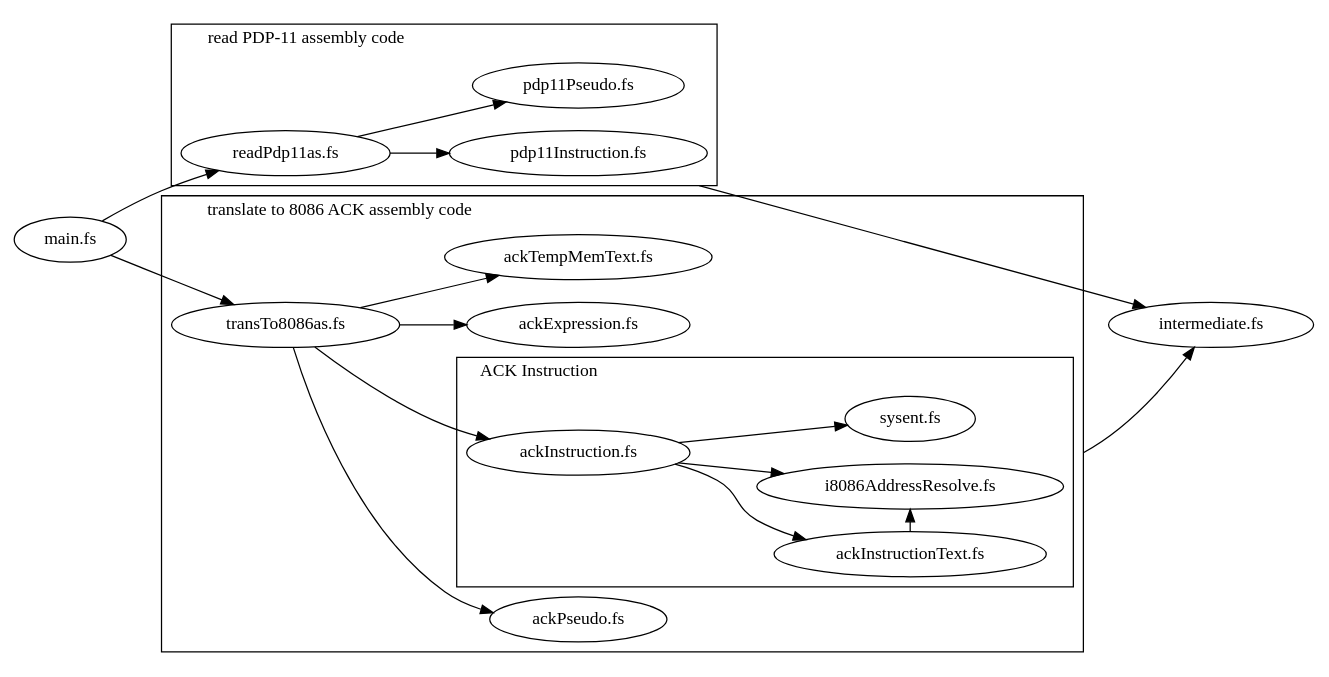
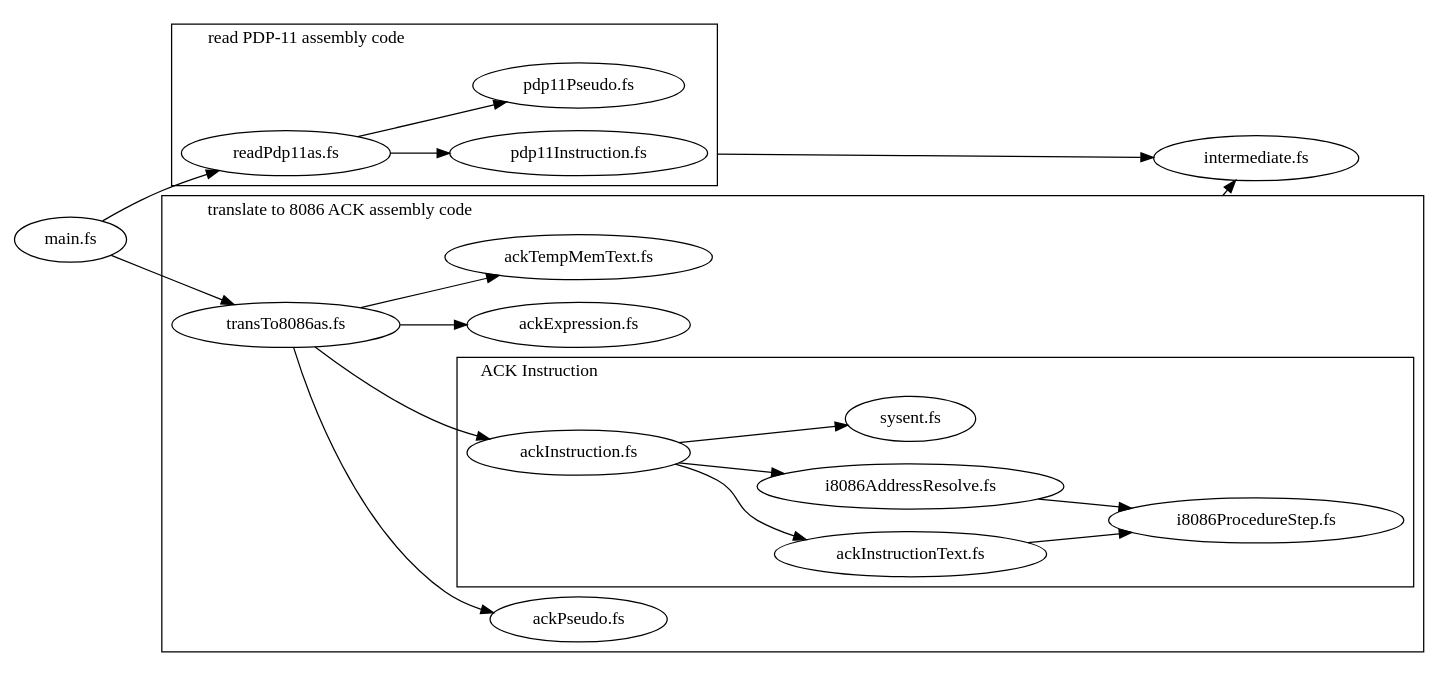
The diagram in doc/files.dot (kusabanachi/p11trans), drawn with Graphviz before and after one commit. The commit also changed 6 other files, not shown here.

Commit message:
split declaration for step of i8086's procedure

```diff
--- a/doc/files.dot
+++ b/doc/files.dot
@@ -1,48 +1,50 @@
 digraph files {
 
     graph [rankdir=LR compound=true labeljust=l];
     {
         node [label="main.fs"]; main;
         node [label="readPdp11as.fs"]; readPdp11as;
         node [label="pdp11Instruction.fs"]; pdp11Instruction;
         node [label="pdp11Pseudo.fs"]; pdp11Pseudo;
         node [label="transTo8086as.fs"]; transTo8086as;
         node [label="ackPseudo.fs"]; ackPseudo;
         node [label="ackInstruction.fs"]; ackInstruction;
         node [label="i8086AddressResolve.fs"]; i8086AddressResolve;
         node [label="ackInstructionText.fs"]; ackInstructionText;
+        node [label="i8086ProcedureStep.fs"]; i8086ProcedureStep;
         node [label="sysent.fs"]; sysent;
         node [label="ackExpression.fs"]; ackExpression;
         node [label="ackTempMemText.fs"]; ackTempMemText;
         node [label="intermediate.fs"]; intermediate;
         //node [label="utility.fs"]; utility;
     }
 
     main -> readPdp11as;
     subgraph cluster_0 {
         label="read PDP-11 assembly code";
         readPdp11as -> pdp11Instruction;
         readPdp11as -> pdp11Pseudo;
     }
 
     main -> transTo8086as;
     subgraph cluster_1 {
         label="translate to 8086 ACK assembly code";
         transTo8086as -> ackInstruction;
         transTo8086as -> ackPseudo;
         transTo8086as -> ackExpression;
         transTo8086as -> ackTempMemText;
 
         subgraph cluster_2 {
             label="ACK Instruction";
             ackInstruction -> i8086AddressResolve;
             ackInstruction -> ackInstructionText;
             ackInstruction -> sysent;
-            ackInstructionText -> i8086AddressResolve;
+            i8086AddressResolve -> i8086ProcedureStep;
+            ackInstructionText -> i8086ProcedureStep;
             { rank=same; ackInstructionText; i8086AddressResolve; }
         }
     }
 
     pdp11Instruction -> intermediate [ltail=cluster_0];
     i8086AddressResolve -> intermediate [ltail=cluster_1];
 }
```
